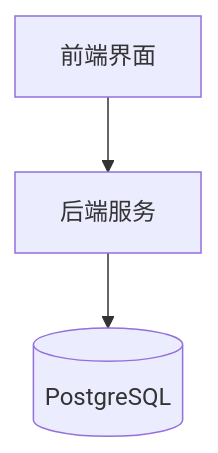
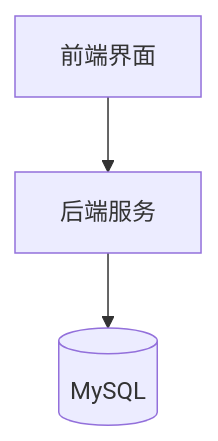
Before and after one commit to soulZhaoL/lotro_chinese_translation: the first of 2 diagrams in helloagents/wiki/arch.md, drawn with Mermaid. The commit also changed other lines of this file and 44 other files, not shown here.

````diff
--- a/helloagents/wiki/arch.md
+++ b/helloagents/wiki/arch.md
@@ -4,5 +4,5 @@
 ```mermaid
 flowchart TD
     UI[前端界面] --> API[后端服务]
-    API --> DB[(PostgreSQL)]
+    API --> DB[(MySQL)]
 ```
````
